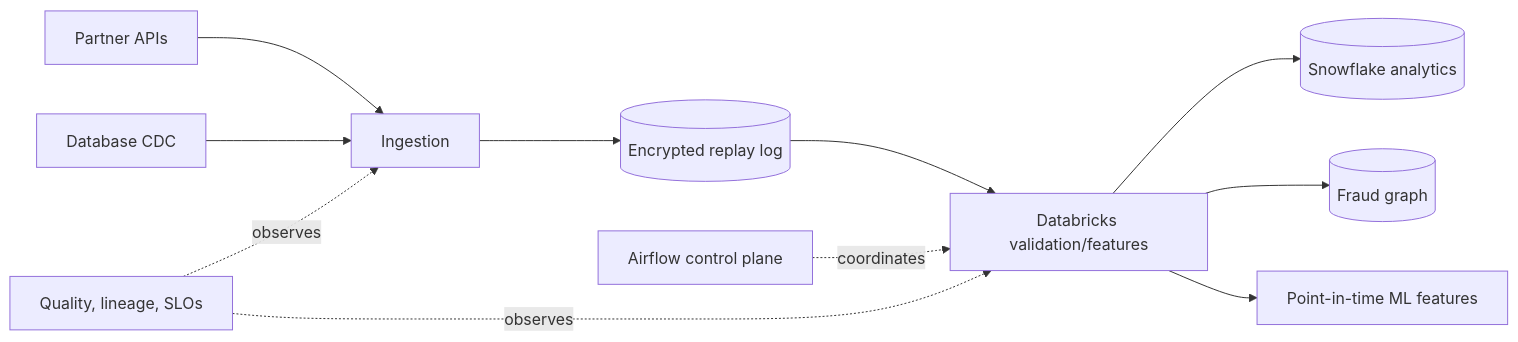
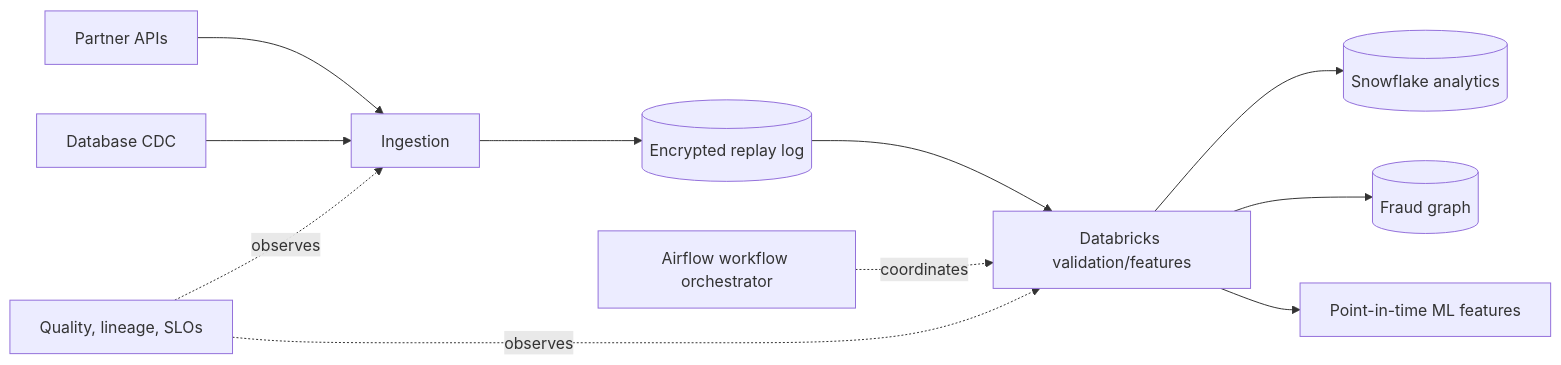
Before and after one commit to MarioOrellana58/data-engineering-interviews-study-guide: the diagram in advanced/08-capstone-mock-interview/README.md, drawn with Mermaid. The commit also changed other lines of this file and 57 other files, not shown here.

````diff
--- a/advanced/08-capstone-mock-interview/README.md
+++ b/advanced/08-capstone-mock-interview/README.md
@@ -9,13 +9,13 @@
 ```mermaid
 flowchart LR
     API[Partner APIs] --> ING[Ingestion]
     CDC[Database CDC] --> ING
     ING --> RAW[(Encrypted replay log)]
     RAW --> DBX[Databricks validation/features]
     DBX --> SF[(Snowflake analytics)]
     DBX --> G[(Fraud graph)]
     DBX --> ML[Point-in-time ML features]
-    AF[Airflow control plane] -. coordinates .-> DBX
+    AF[Airflow workflow orchestrator] -. coordinates .-> DBX
     OBS[Quality, lineage, SLOs] -. observes .-> ING
     OBS -. observes .-> DBX
 ```
````
